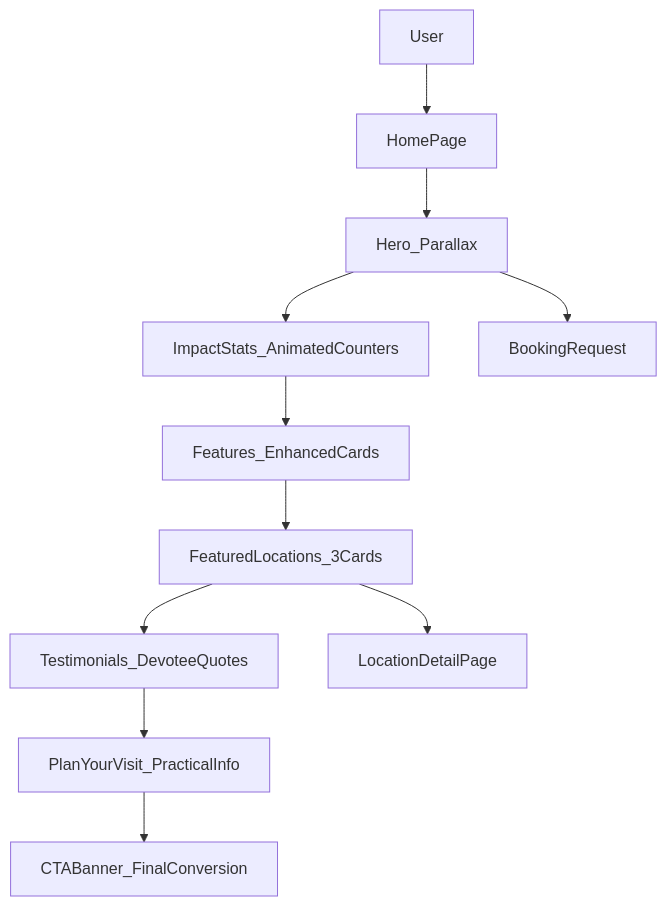
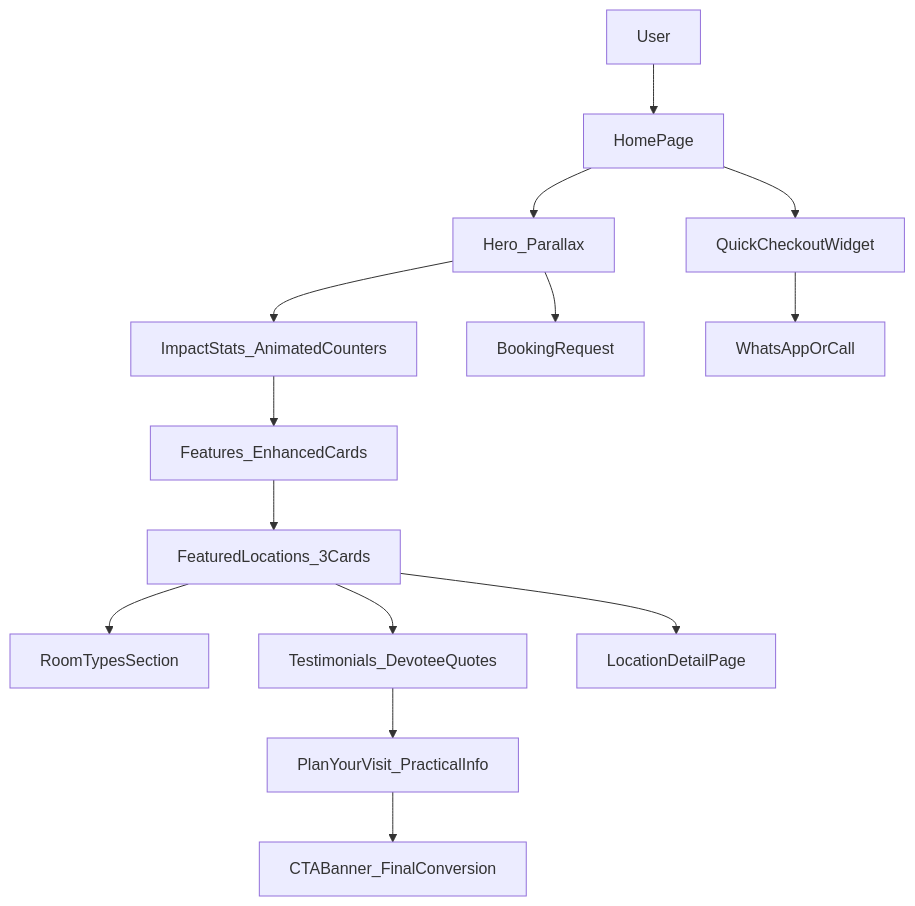
One commit to AmanVatsSharma/Gajanan-Maharaj-Sansthan changed the diagram in src/features/info/MODULE_DOC.md. Above: the diagram before and after it, drawn with Mermaid. The commit also changed other lines of this file and 1 other file, not shown here.

Commit message:
Add BookingCheckoutWidget component for quick booking flow on the homepage. Update MODULE_DOC to include new widget and related navigation enhancements. Document changes to reflect the addition of WhatsApp/Call CTAs and Room Types section.

````diff
--- a/src/features/info/MODULE_DOC.md
+++ b/src/features/info/MODULE_DOC.md
@@ -28,13 +29,16 @@
 ```mermaid
 flowchart TD
   user[User] --> home[HomePage]
   home --> hero[Hero_Parallax]
+  home --> quickCheckout[QuickCheckoutWidget]
   hero --> stats[ImpactStats_AnimatedCounters]
   stats --> features[Features_EnhancedCards]
   features --> locations[FeaturedLocations_3Cards]
+  locations --> rooms[RoomTypesSection]
   locations --> testimonials[Testimonials_DevoteeQuotes]
   testimonials --> visit[PlanYourVisit_PracticalInfo]
   visit --> cta[CTABanner_FinalConversion]
   hero --> booking[BookingRequest]
+  quickCheckout --> contact[WhatsAppOrCall]
   locations --> locationDetail[LocationDetailPage]
 ```
````
